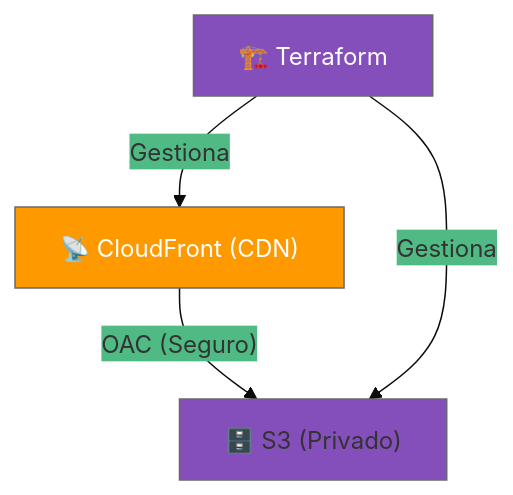
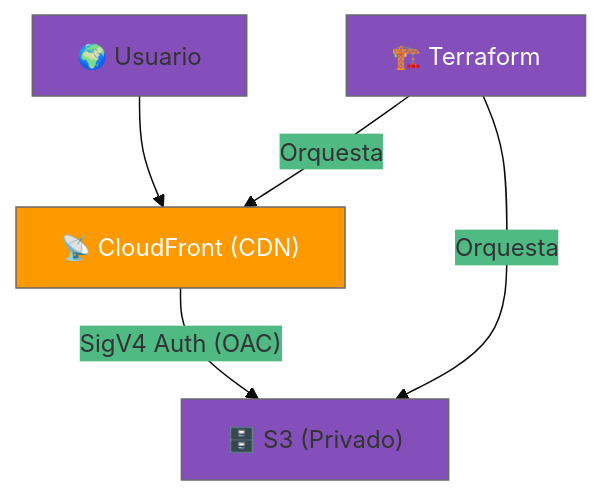
One commit to vladimiracunadev-create/proyectos-aws changed the third of 5 diagrams in AWS_CLOUD_JOURNEY.md. Above: the diagram before and after it, drawn with Mermaid. The commit also changed other lines of this file, not shown here.

Commit message:
docs: technical expansion of AWS_CLOUD_JOURNEY.md with deep-dives for all chapters

````diff
--- a/AWS_CLOUD_JOURNEY.md
+++ b/AWS_CLOUD_JOURNEY.md
@@ -73,10 +90,11 @@
 ```mermaid
 %%{init: {'theme': 'base', 'themeVariables': { 'primaryColor': '#844FBA', 'fontsize': '16px' }}}%%
 graph TB
-    CF["📡 CloudFront (CDN)"] -->|"OAC (Seguro)"| S3["🗄️ S3 (Privado)"]
-    TF["🏗️ Terraform"] -->|"Gestiona"| CF
-    TF -->|"Gestiona"| S3
+    User["🌍 Usuario"] --> CF["📡 CloudFront (CDN)"]
+    CF -->|"SigV4 Auth (OAC)"| S3["🗄️ S3 (Privado)"]
+    TF["🏗️ Terraform"] -->|"Orquesta"| CF
+    TF -->|"Orquesta"| S3
     
     style CF fill:#FF9900,color:#fff
     style TF fill:#844FBA,color:#fff
 ```
````
